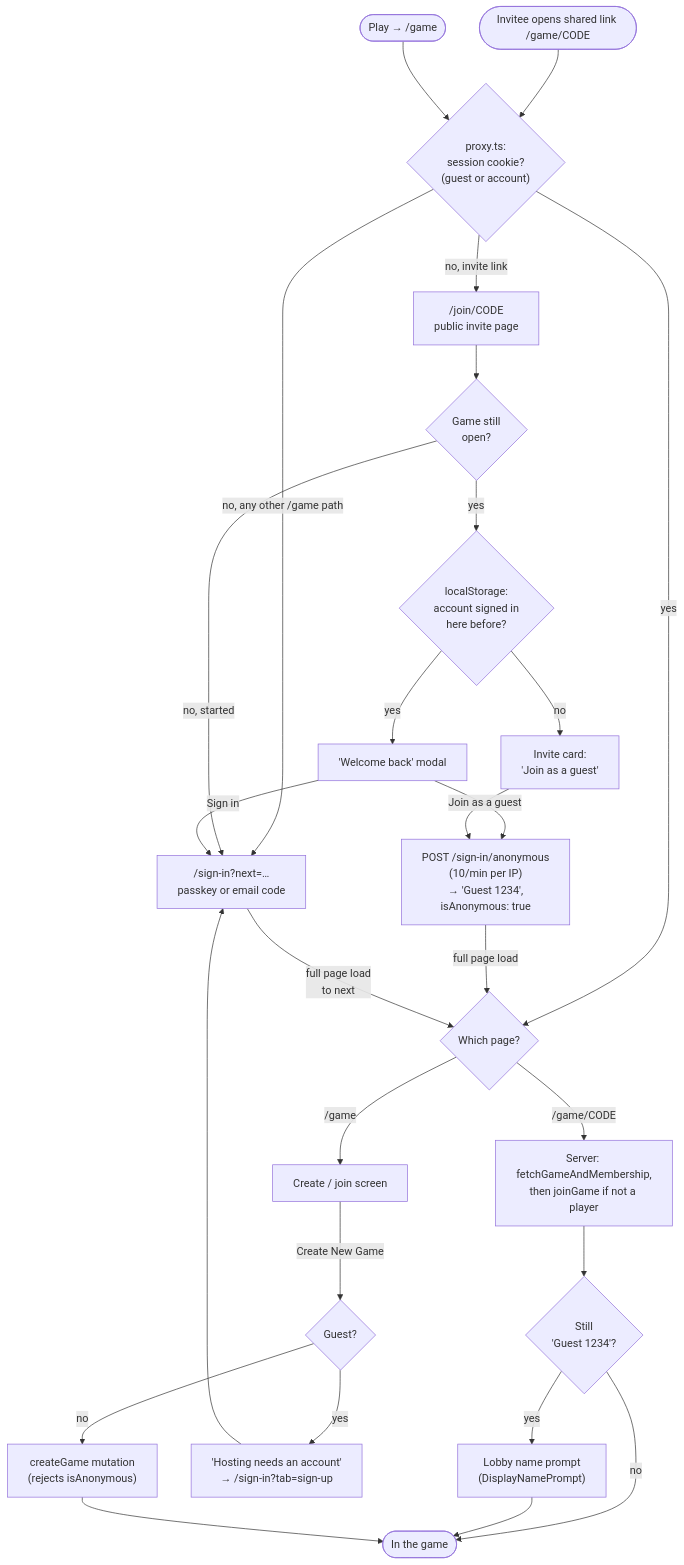
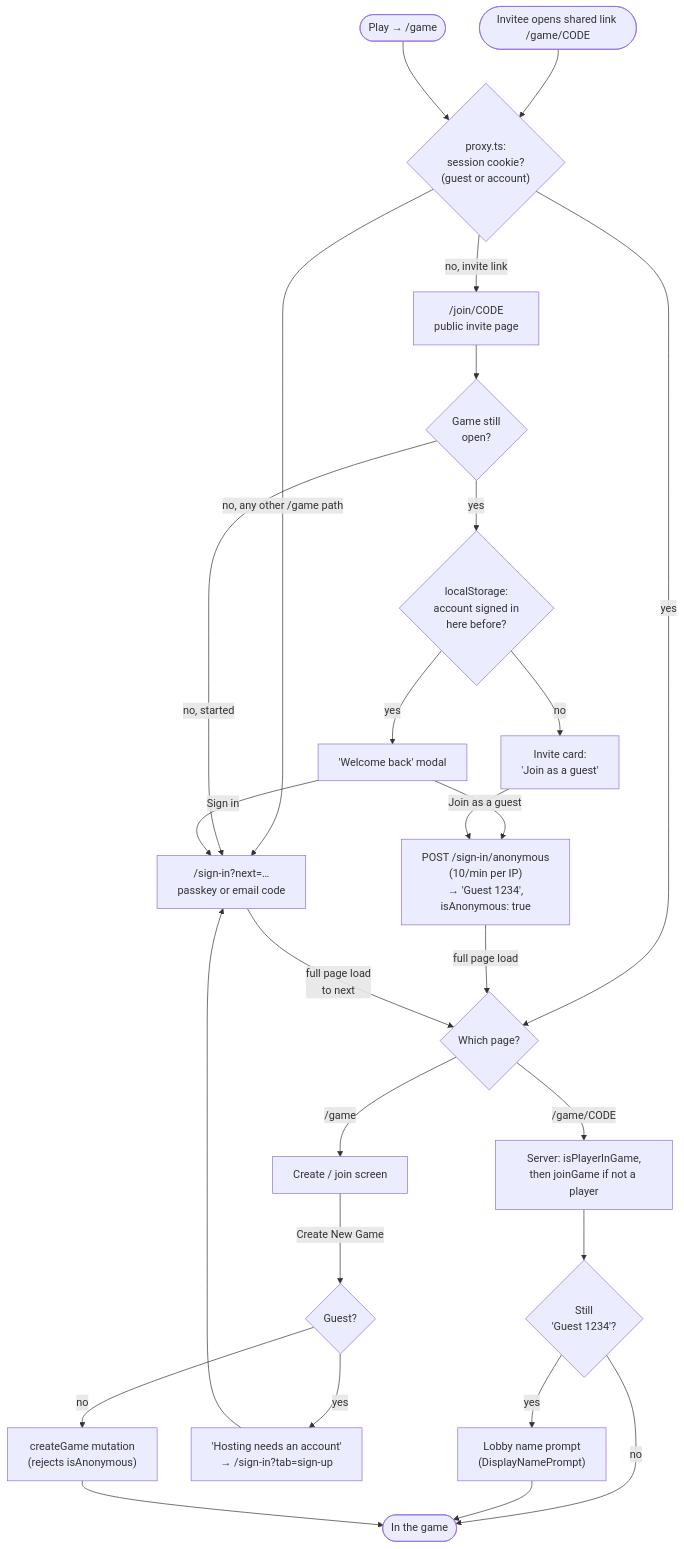
The first of 2 diagrams in README.md (g30r93g/ID-Game), drawn with Mermaid before and after one commit. The commit also changed 3 other files, not shown here.

````diff
--- a/README.md
+++ b/README.md
@@ -54,34 +54,34 @@
 ```mermaid
 flowchart TD
     link(["Invitee opens shared link /game/CODE"]) --> proxy{"proxy.ts:<br/>session cookie?<br/>(guest or account)"}
     play(["Play → /game"]) --> proxy
 
     proxy -- "no, invite link" --> invite["/join/CODE<br/>public invite page"]
     proxy -- "no, any other /game path" --> signin
     proxy -- yes --> gamePage
 
     invite --> open{"Game still<br/>open?"}
     open -- "no, started" --> signin
     open -- yes --> remembered{"localStorage:<br/>account signed in<br/>here before?"}
     remembered -- yes --> modal["'Welcome back' modal"]
     modal -- "Sign in" --> signin
     modal -- "Join as a guest" --> anon
     remembered -- no --> guestButton["Invite card:<br/>'Join as a guest'"]
     guestButton --> anon["POST /sign-in/anonymous<br/>(10/min per IP)<br/>→ 'Guest 1234',<br/>isAnonymous: true"]
     anon -- "full page load" --> gamePage
 
     signin["/sign-in?next=…<br/>passkey or email code"] -- "full page load<br/>to next" --> gamePage
 
     gamePage{"Which page?"}
-    gamePage -- "/game/CODE" --> join["Server: fetchGameAndMembership,<br/>then joinGame if not a player"]
+    gamePage -- "/game/CODE" --> join["Server: isPlayerInGame,<br/>then joinGame if not a player"]
     gamePage -- "/game" --> lobby["Create / join screen"]
     lobby -- "Create New Game" --> isGuest{"Guest?"}
     isGuest -- no --> create["createGame mutation<br/>(rejects isAnonymous)"]
     isGuest -- yes --> upsell["'Hosting needs an account'<br/>→ /sign-in?tab=sign-up"]
     upsell --> signin
     join --> named{"Still<br/>'Guest 1234'?"}
     named -- yes --> prompt["Lobby name prompt<br/>(DisplayNamePrompt)"]
     named -- no --> game(["In the game"])
     prompt --> game
     create --> game
 ```
````
